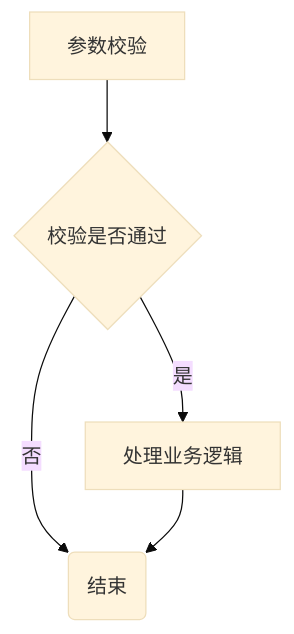
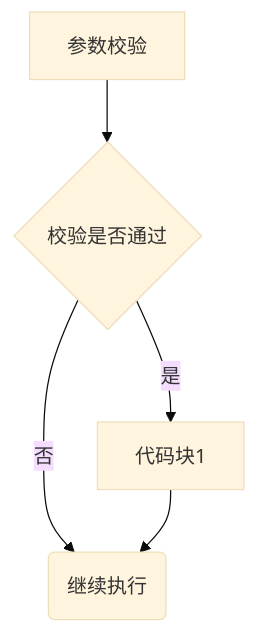
Before and after one commit to muxin-4/hspJava: the first of 2 diagrams in chapter5/README.md, drawn with Mermaid (base theme). The commit also changed other lines of this file, not shown here.

Commit message:
feat: 0107 双分支流程图

````diff
--- a/chapter5/README.md
+++ b/chapter5/README.md
@@ -55,7 +55,7 @@
 ```mermaid
 graph TB
-    B[参数校验] --> C{校验通过?}
-    C{校验通过?} -- 是 --> d[处理业务逻辑]
-    C{校验是否通过} -- 否 --> e[结束]
-    d[处理业务逻辑] --> e(结束)
+    A[参数校验] --> B{校验通过?}
+    B{校验通过?} -- 是 --> C[代码块1]
+    B{校验是否通过} -- 否 --> D[继续执行]
+    C[代码块1] --> D(继续执行)
 ```
````
